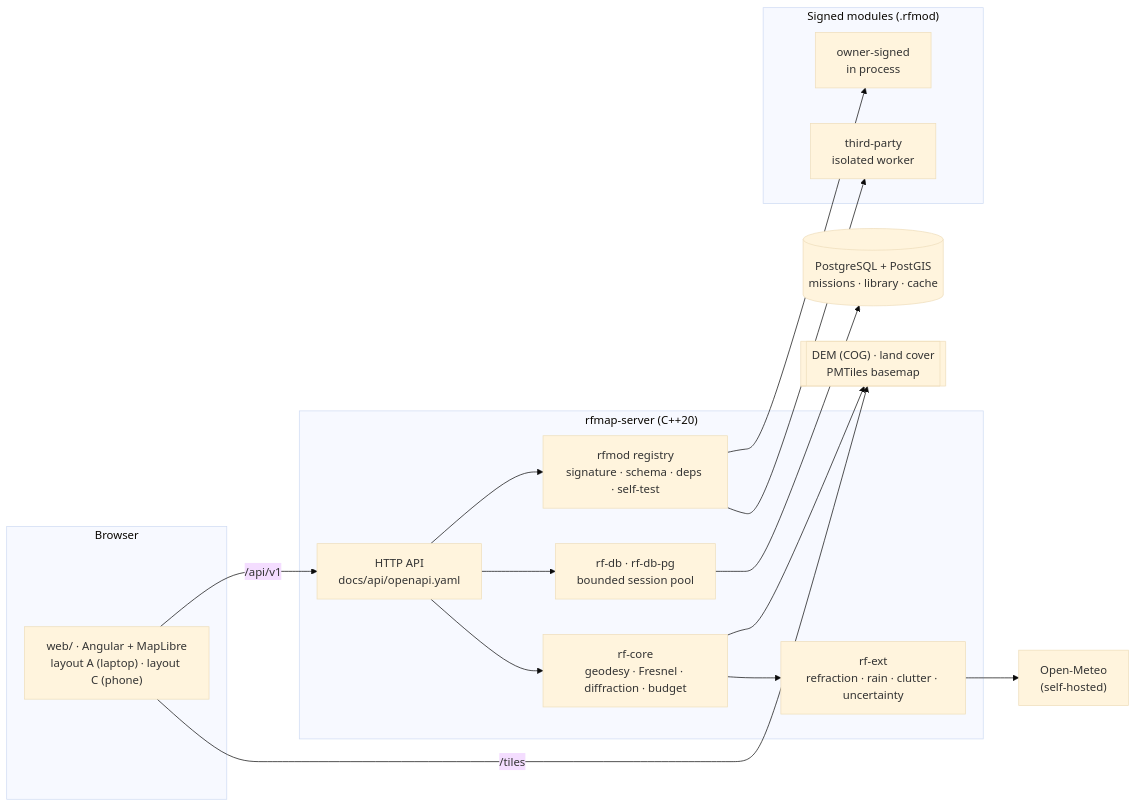
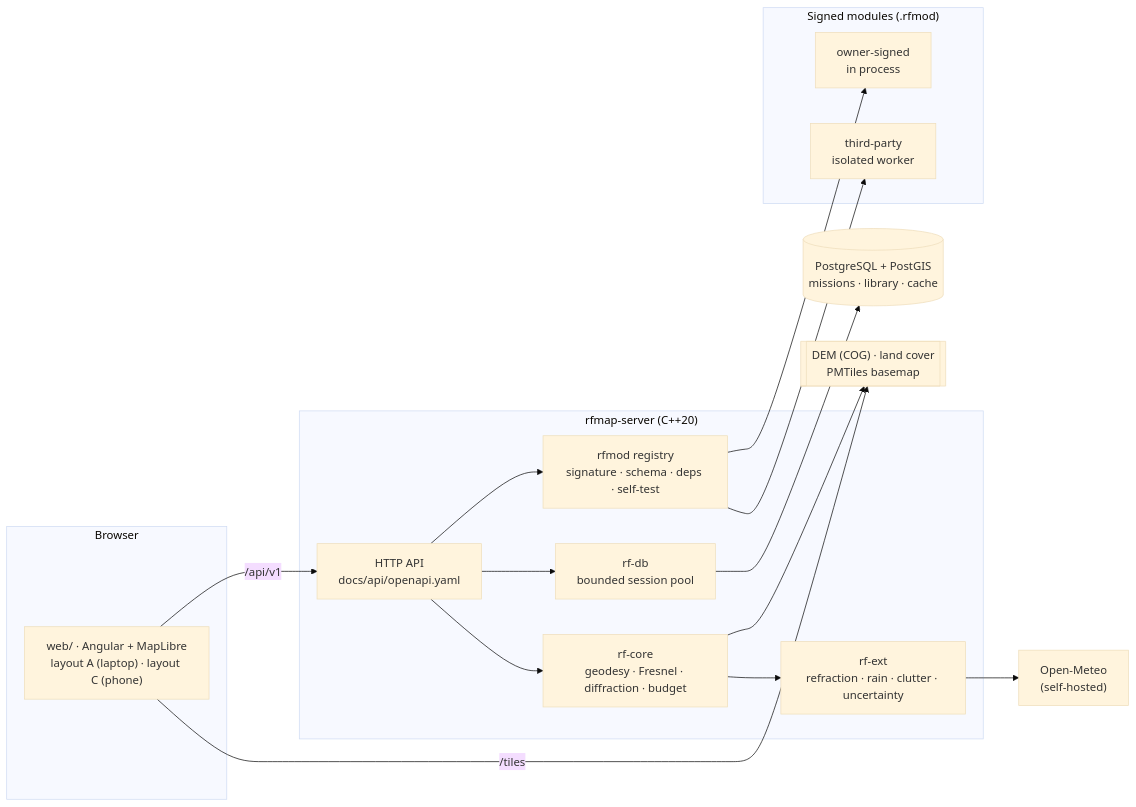
Before and after one commit to Rufics/fpv-radio-map: the diagram in README.md, drawn with Mermaid (base theme). The commit also changed other lines of this file and 12 other files, not shown here.

````diff
--- a/README.md
+++ b/README.md
@@ -116,29 +116,29 @@
 ```mermaid
 flowchart LR
   subgraph Browser
     W["web/ · Angular + MapLibre<br/>layout A (laptop) · layout C (phone)"]
   end
   subgraph Server["rfmap-server (C++20)"]
     API["HTTP API<br/>docs/api/openapi.yaml"]
     CORE["rf-core<br/>geodesy · Fresnel · diffraction · budget"]
     EXT["rf-ext<br/>refraction · rain · clutter · uncertainty"]
     REG["rfmod registry<br/>signature · schema · deps · self-test"]
-    POOL["rf-db · rf-db-pg<br/>bounded session pool"]
+    POOL["rf-db<br/>bounded session pool"]
   end
   subgraph Modules["Signed modules (.rfmod)"]
     OWN["owner-signed<br/>in process"]
     THIRD["third-party<br/>isolated worker"]
   end
   DB[("PostgreSQL + PostGIS<br/>missions · library · cache")]
   DEM[["DEM (COG) · land cover<br/>PMTiles basemap"]]
   OM["Open-Meteo<br/>(self-hosted)"]
 
   W -->|/api/v1| API
   W -->|/tiles| DEM
   API --> CORE --> EXT
   API --> REG --> OWN
   REG --> THIRD
   API --> POOL --> DB
   CORE --> DEM
   EXT --> OM
 ```
````
